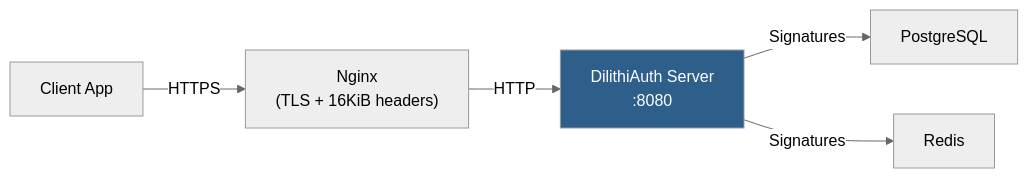
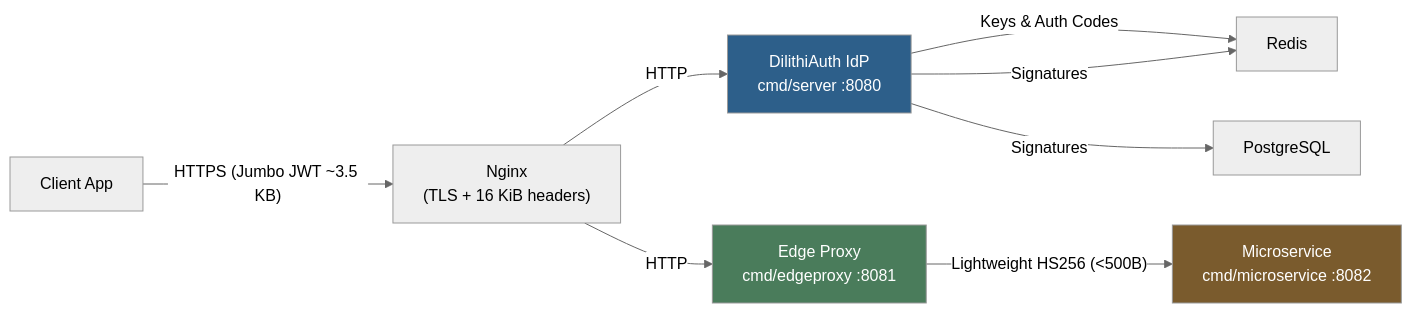
The first of 3 diagrams in docs/architecture.md (gradientgeeks/dilithiauth), drawn with Mermaid (neutral theme) before and after one commit. The commit also changed other lines of this file and 13 other files, not shown here.

````diff
--- a/docs/architecture.md
+++ b/docs/architecture.md
@@ -7,15 +50,22 @@
 ```mermaid
 graph LR
     Client["Client App"]
-    Nginx["Nginx<br/>(TLS + 16KiB headers)"]
-    Server["DilithiAuth Server<br/>:8080"]
+    Nginx["Nginx<br/>(TLS + 16 KiB headers)"]
+    IdP["DilithiAuth IdP<br/>cmd/server :8080"]
+    EP["Edge Proxy<br/>cmd/edgeproxy :8081"]
+    MS["Microservice<br/>cmd/microservice :8082"]
+    Redis["Redis"]
     PG["PostgreSQL"]
-    Redis["Redis"]
 
-    Client -->|HTTPS| Nginx
-    Nginx -->|HTTP| Server
-    Server -->|Signatures| PG
-    Server -->|Signatures| Redis
+    Client -->|"HTTPS (Jumbo JWT ~3.5 KB)"| Nginx
+    Nginx -->|HTTP| IdP
+    Nginx -->|HTTP| EP
+    EP -->|"Lightweight HS256 (<500B)"| MS
+    IdP -->|Keys & Auth Codes| Redis
+    IdP -->|Signatures| PG
+    IdP -->|Signatures| Redis
 
-    style Server fill:#2d5f8a,color:#fff
+    style IdP fill:#2d5f8a,color:#fff
+    style EP fill:#4a7c5b,color:#fff
+    style MS fill:#7a5b2d,color:#fff
 ```
````
